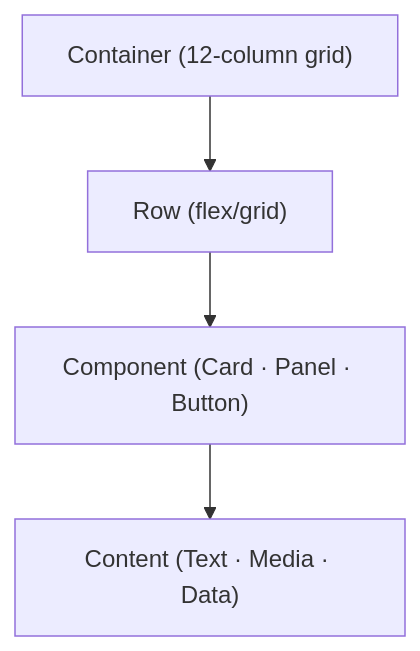
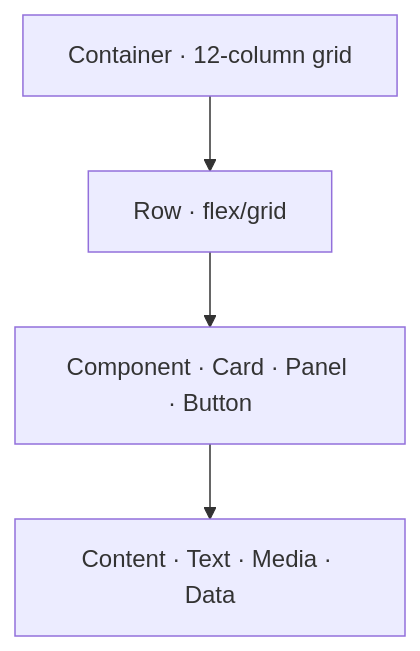
Before and after one commit to bartytime4life/Kansas-Frontier-Matrix: the second of 3 diagrams in docs/design/style-guide.md, drawn with Mermaid. The commit also changed other lines of this file, not shown here.

````diff
--- a/docs/design/style-guide.md
+++ b/docs/design/style-guide.md
@@ -101,6 +148,6 @@
 ```mermaid
 flowchart TD
-    A["Container (12-column grid)"] --> B["Row (flex/grid)"]
-    B --> C["Component (Card · Panel · Button)"]
-    C --> D["Content (Text · Media · Data)"]
+  A["Container · 12-column grid"] --> B["Row · flex/grid"]
+  B --> C["Component · Card · Panel · Button"]
+  C --> D["Content · Text · Media · Data"]
 ```
````
